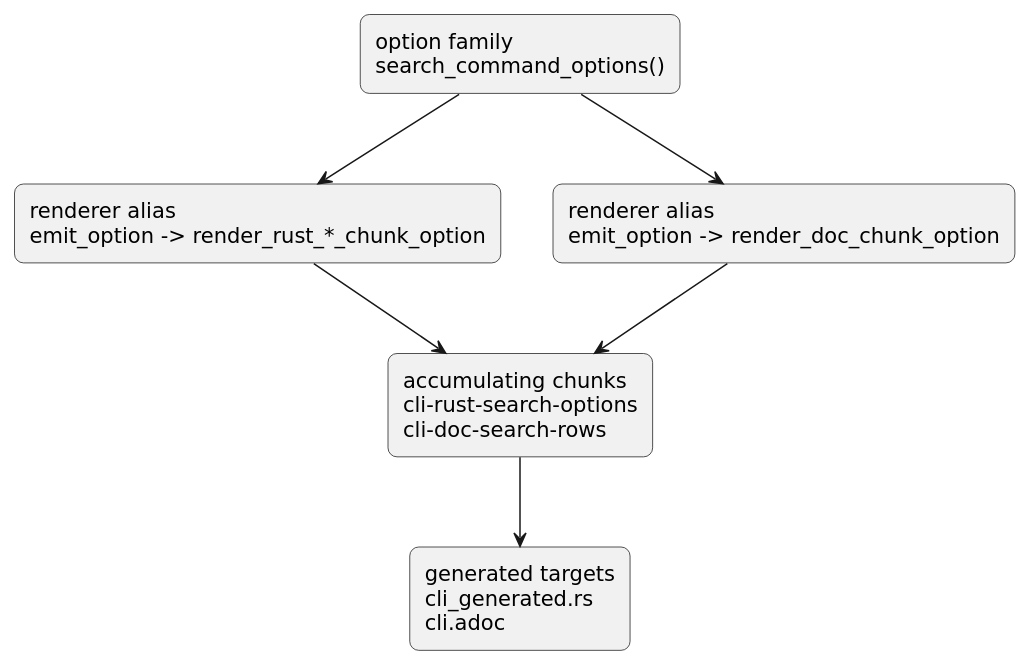
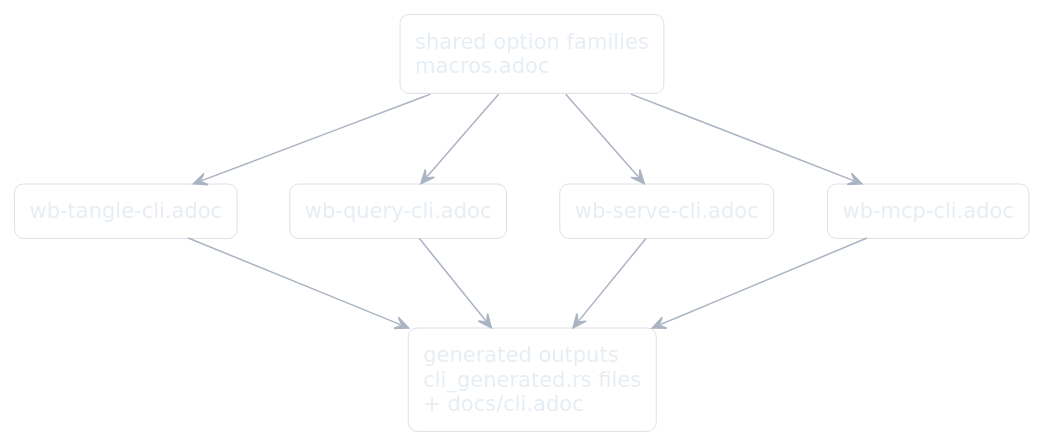
The diagram in cli-spec/cli-spec.adoc (giannifer7/weaveback), drawn with PlantUML before and after one commit. The commit also changed other lines of this file and 46 other files, not shown here.

```diff
--- a/cli-spec/cli-spec.adoc
+++ b/cli-spec/cli-spec.adoc
@@ -46,22 +21,32 @@
 [plantuml,format=svg]
 ----
 @startuml
 skinparam backgroundColor transparent
-skinparam defaultFontName "DejaVu Sans"
+skinparam DefaultFontName "DejaVu Sans"
+skinparam DefaultFontColor #E6EDF3
+skinparam ArrowColor #AAB4C3
+skinparam ArrowFontColor #E6EDF3
+skinparam RectangleFontColor #E6EDF3
+skinparam RectangleBorderColor #D0D7DE
+skinparam RectangleBackgroundColor transparent
 skinparam rectangle {
   RoundCorner 12
 }
 
-rectangle "option family\nsearch_command_options()" as family
-rectangle "renderer alias\nemit_option -> render_rust_*_chunk_option" as rust
-rectangle "renderer alias\nemit_option -> render_doc_chunk_option" as docs
-rectangle "accumulating chunks\ncli-rust-search-options\ncli-doc-search-rows" as chunks
-rectangle "generated targets\ncli_generated.rs\ncli.adoc" as out
+rectangle "shared option families\nmacros.adoc" as macros
+rectangle "wb-tangle-cli.adoc" as tangle
+rectangle "wb-query-cli.adoc" as query
+rectangle "wb-serve-cli.adoc" as serve
+rectangle "wb-mcp-cli.adoc" as mcp
+rectangle "generated outputs\ncli_generated.rs files\n+ docs/cli.adoc" as out
 
-family --> rust
-family --> docs
-rust --> chunks
-docs --> chunks
-chunks --> out
+macros --> tangle
+macros --> query
+macros --> serve
+macros --> mcp
+tangle --> out
+query --> out
+serve --> out
+mcp --> out
 @enduml
 ----
```
